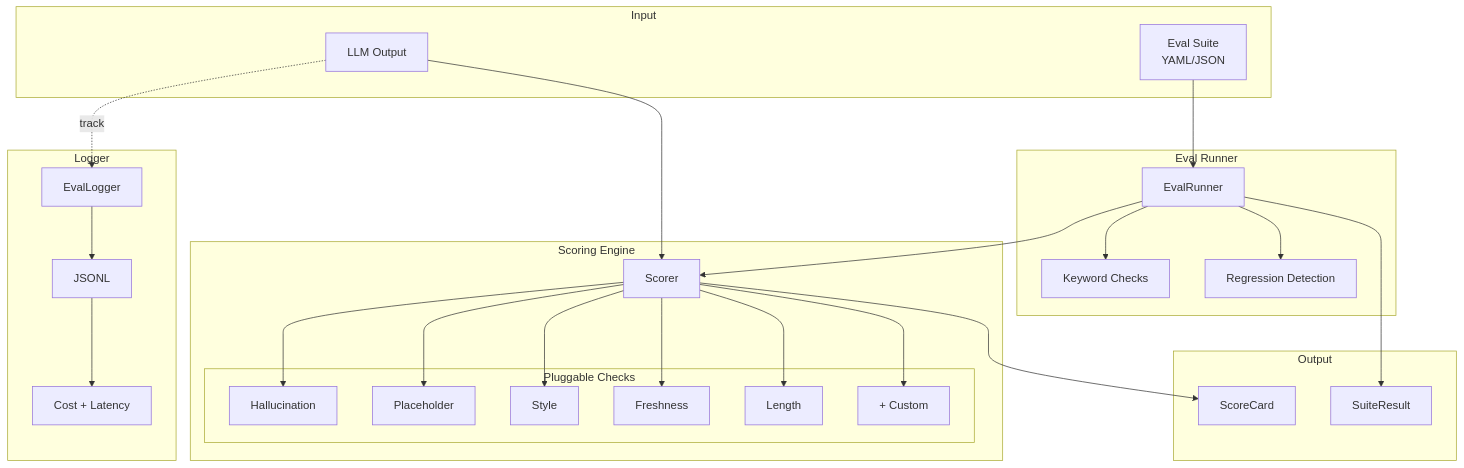
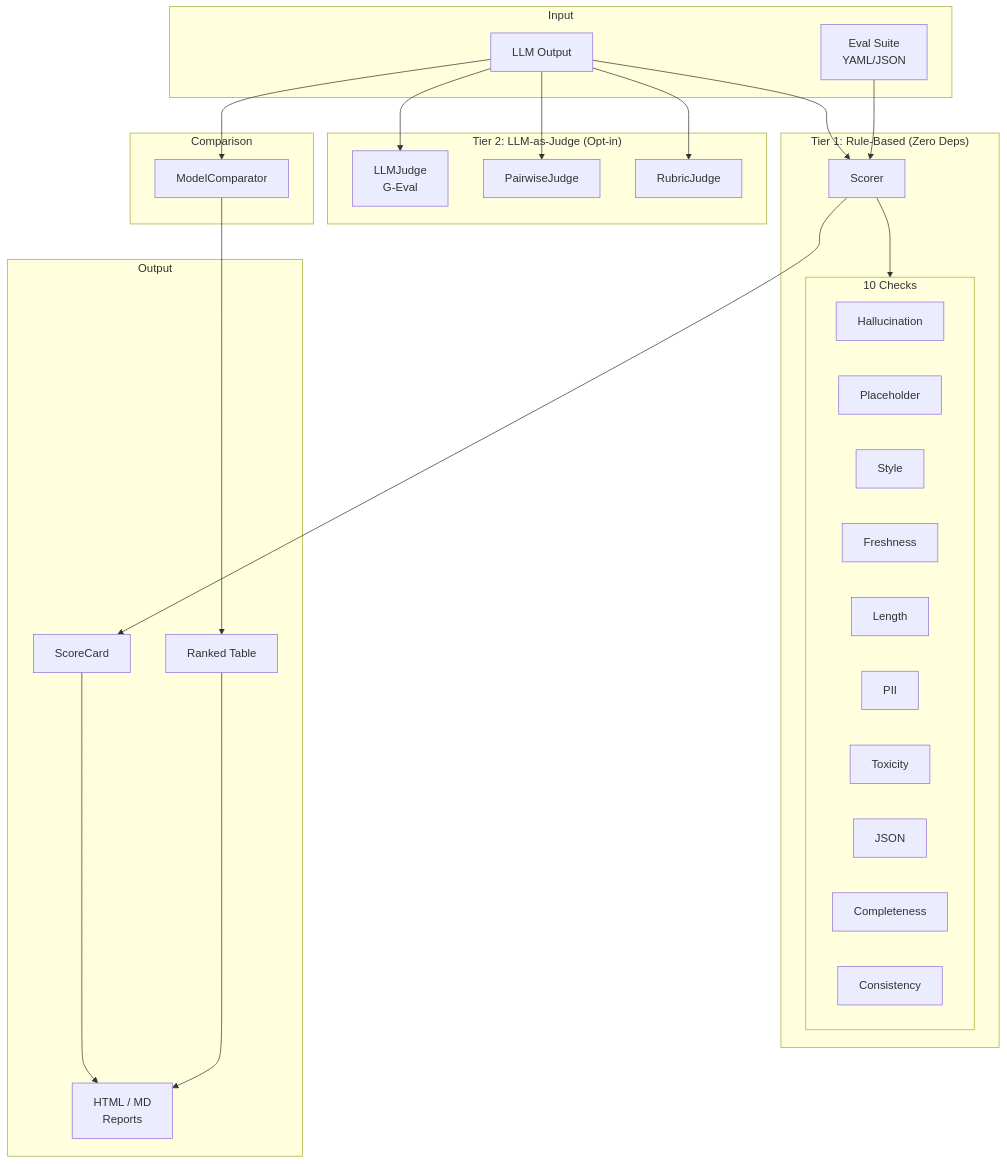
The diagram in README.md (kustonaut/llm-eval-kit), drawn with Mermaid before and after one commit. The commit also changed other lines of this file and 2 other files, not shown here.

````diff
--- a/README.md
+++ b/README.md
@@ -196,45 +256,47 @@
 ```mermaid
 flowchart TB
     subgraph INPUT["Input"]
         LLM["LLM Output"]
         SUITE["Eval Suite<br/>YAML/JSON"]
     end
 
-    subgraph SCORING["Scoring Engine"]
+    subgraph TIER1["Tier 1: Rule-Based (Zero Deps)"]
         SC["Scorer"]
-        subgraph CHECKS["Pluggable Checks"]
+        subgraph CHECKS["10 Checks"]
             HC["Hallucination"]
             PC["Placeholder"]
             ST["Style"]
             FR["Freshness"]
             LN["Length"]
-            CU["+ Custom"]
+            PII["PII"]
+            TX["Toxicity"]
+            JS["JSON"]
+            CM["Completeness"]
+            CN["Consistency"]
         end
-        SC --> HC & PC & ST & FR & LN & CU
+        SC --> CHECKS
     end
 
-    subgraph EVAL["Eval Runner"]
-        ER["EvalRunner"]
-        KW["Keyword Checks"]
-        REG["Regression Detection"]
-        ER --> KW & REG
+    subgraph TIER2["Tier 2: LLM-as-Judge (Opt-in)"]
+        JG["LLMJudge<br/>G-Eval"]
+        PW["PairwiseJudge"]
+        RB["RubricJudge"]
+    end
+
+    subgraph COMPARE["Comparison"]
+        MC["ModelComparator"]
     end
 
     subgraph OUTPUT["Output"]
         CARD["ScoreCard"]
-        SR["SuiteResult"]
+        RPT["HTML / MD<br/>Reports"]
+        TBL["Ranked Table"]
     end
 
     LLM --> SC --> CARD
-    SUITE --> ER --> SC
-    ER --> SR
-
-    subgraph LOGGER["Logger"]
-        EL["EvalLogger"]
-        JSONL["JSONL"]
-        SUM["Cost + Latency"]
-        EL --> JSONL --> SUM
-    end
-
-    LLM -.->|track| EL
+    LLM --> JG & PW & RB
+    LLM --> MC --> TBL
+    SUITE --> SC
+    CARD --> RPT
+    TBL --> RPT
 ```
````
